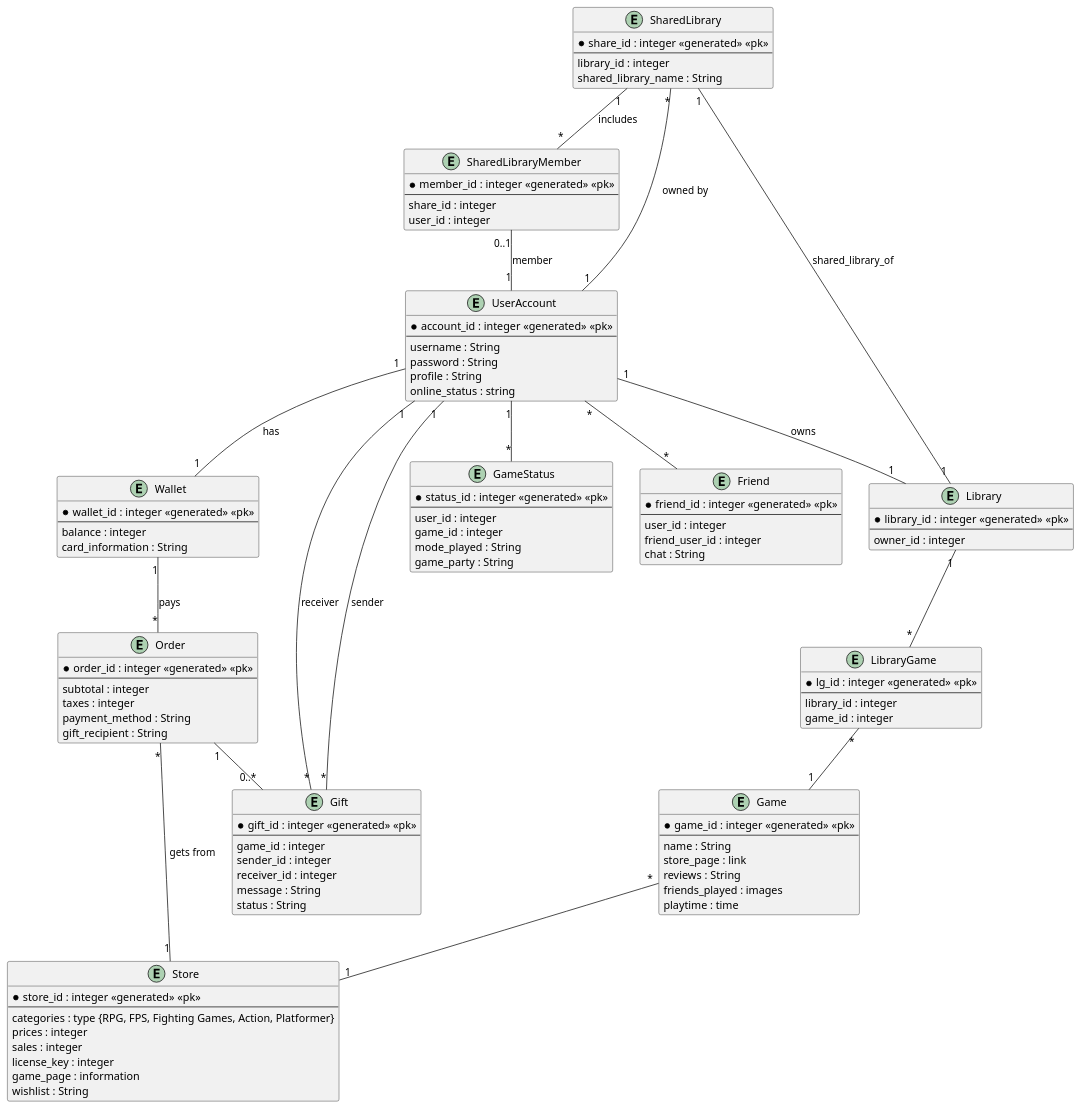
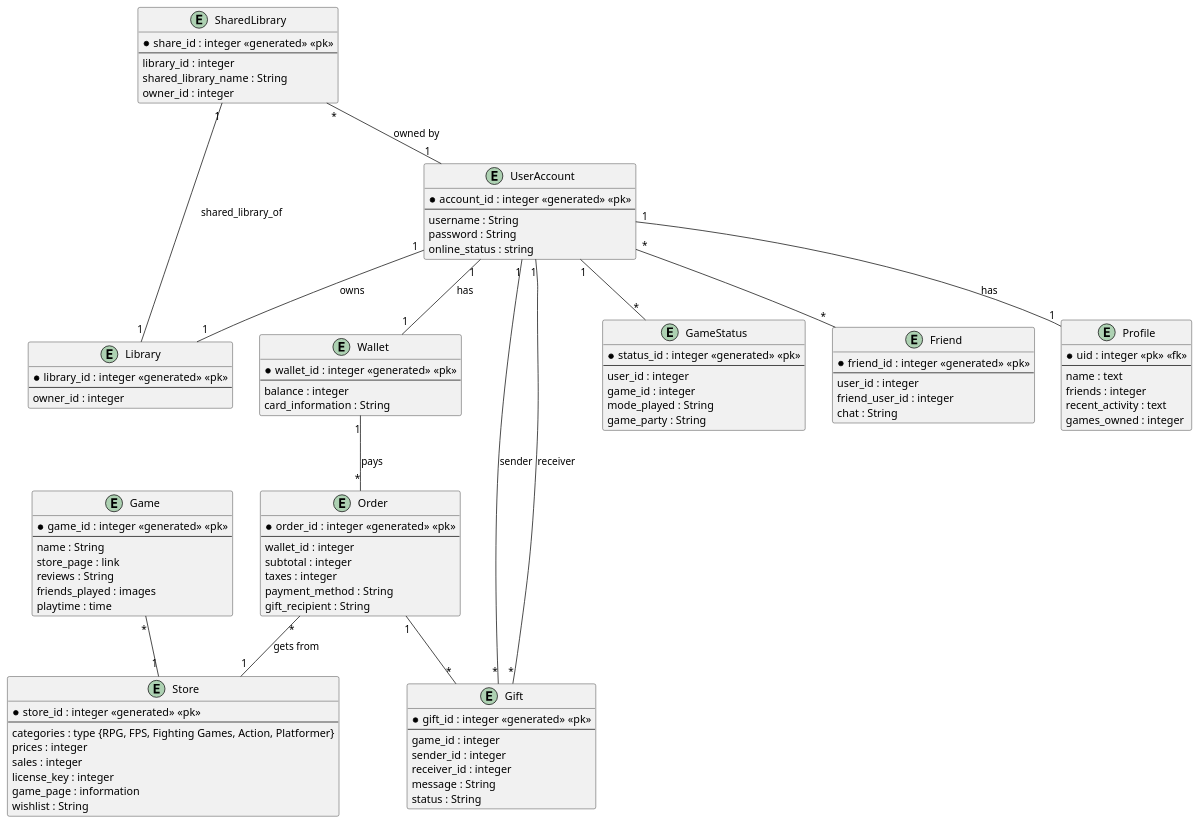
Before and after one commit to edwinkras/steam_db_project: the first of 2 diagrams in README.md, drawn with PlantUML. The commit also changed other lines of this file, not shown here.

First line of the commit message:
Changes to my ERD

````diff
--- a/README.md
+++ b/README.md
@@ -32,8 +32,16 @@
     ---
     username : String
     password : String
-    profile : String
     online_status : string
+}
+
+entity Profile {
+    * uid : integer <<pk>> <<fk>>
+    ---
+    name : text
+    friends : integer
+    recent_activity : text
+    games_owned : integer
 }
 
 entity Library {
@@ -50,13 +58,6 @@
     reviews : String
     friends_played : images
     playtime : time
-}
-
-entity LibraryGame {
-  * lg_id : integer <<generated>> <<pk>>
-  ---
-  library_id : integer
-  game_id : integer
 }
 
 entity Store {
@@ -99,18 +100,13 @@
     ---
     library_id : integer
     shared_library_name : String
-}
-
-entity SharedLibraryMember {
-  * member_id : integer <<generated>> <<pk>>
-  ---
-  share_id : integer
-  user_id : integer
+    owner_id : integer
 }
 
 entity Order {
     * order_id : integer <<generated>> <<pk>>
     ---
+    wallet_id : integer
     subtotal : integer
     taxes : integer
     payment_method : String
@@ -127,15 +123,8 @@
     status : String
 }
 
-
 UserAccount "1" -- "1" Library : owns
-LibraryGame "*" -- "1" Game
-Library "1" -- "*" LibraryGame
-
 UserAccount "1" -- "1" Wallet : has
-
-Order "1" -- "0..*" Gift
-Wallet "1" -- "*" Order : pays
 
 UserAccount "1" -- "*" GameStatus
 UserAccount "*" -- "*" Friend
@@ -143,14 +132,19 @@
 Game "*" -- "1" Store
 Order "*" -- "1" Store : gets from
 
-SharedLibraryMember "0..1" -- "1" UserAccount : member
 SharedLibrary "*" -- "1" UserAccount : owned by
+SharedLibrary "1" -- "1" Library : shared_library_of
 
-SharedLibrary "1" -- "*" SharedLibraryMember : includes
-SharedLibrary "1" -- "1" Library : shared_library_of
+Order "1" -- "*" Gift
+Wallet "1" -- "*" Order : pays
 
 Gift "*" -- "1" UserAccount : sender
 Gift "*" -- "1" UserAccount : receiver
 
+
+UserAccount "1" -- "1" Profile : has
+
+
 @enduml
+
 ```
````
